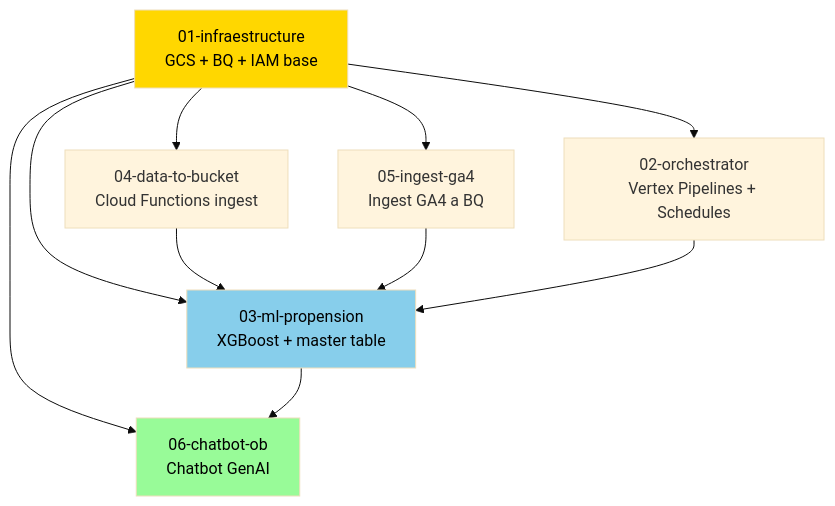
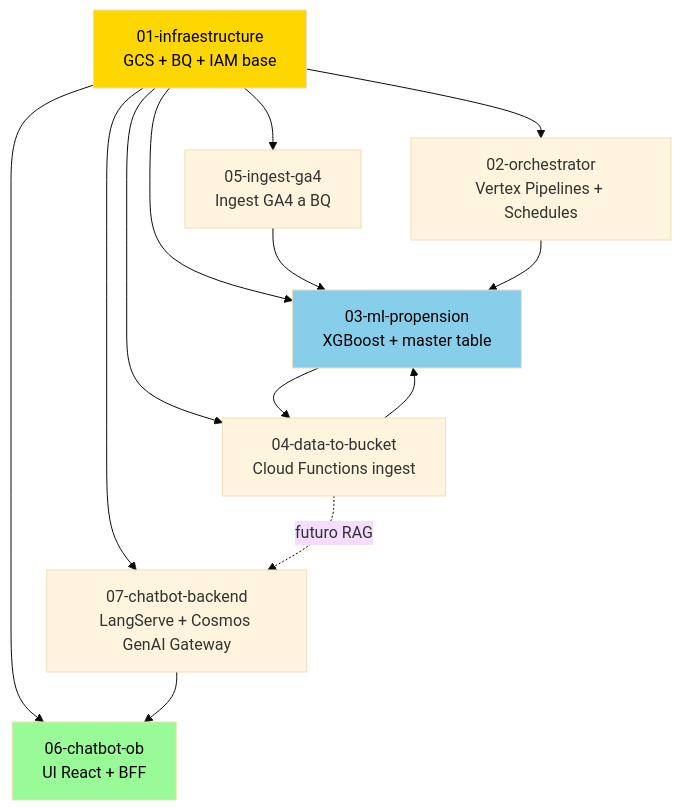
The diagram in 00-README.md (aliagenttucuman-byte/latam-booster-playbooks), drawn with Mermaid (base theme) before and after one commit. The commit also changed other lines of this file and 3 other files, not shown here.

First line of the commit message:
docs(playbooks): 07-chatbot-backend.md — LangServe API + Cosmos GenAI Gateway

````diff
--- a/00-README.md
+++ b/00-README.md
@@ -81,24 +82,28 @@
 ```mermaid
 graph TD
   INFRA[01-infraestructure<br/>GCS + BQ + IAM base]
   ORCH[02-orchestrator<br/>Vertex Pipelines + Schedules]
   ML[03-ml-propension<br/>XGBoost + master table]
   D2B[04-data-to-bucket<br/>Cloud Functions ingest]
   GA4[05-ingest-ga4<br/>Ingest GA4 a BQ]
-  CHAT[06-chatbot-ob<br/>Chatbot GenAI]
+  CHAT[06-chatbot-ob<br/>UI React + BFF]
+  BE[07-chatbot-backend<br/>LangServe + Cosmos GenAI Gateway]
 
   INFRA --> ORCH
   INFRA --> ML
   INFRA --> D2B
   INFRA --> GA4
   INFRA --> CHAT
+  INFRA --> BE
 
   D2B --> ML
   GA4 --> ML
   ORCH --> ML
-  ML --> CHAT
+  ML --> D2B
+  D2B -.futuro RAG.-> BE
+  BE --> CHAT
 
   style INFRA fill:#ffd700,color:#000
   style ML fill:#87ceeb,color:#000
   style CHAT fill:#98fb98,color:#000
 ```
````
